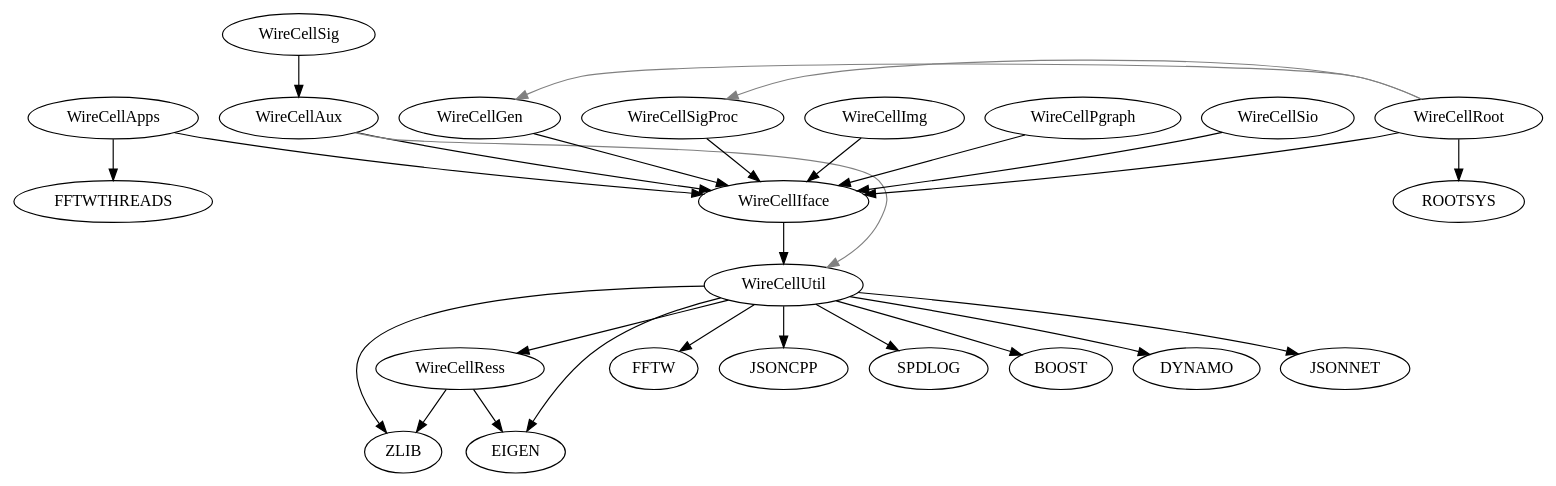
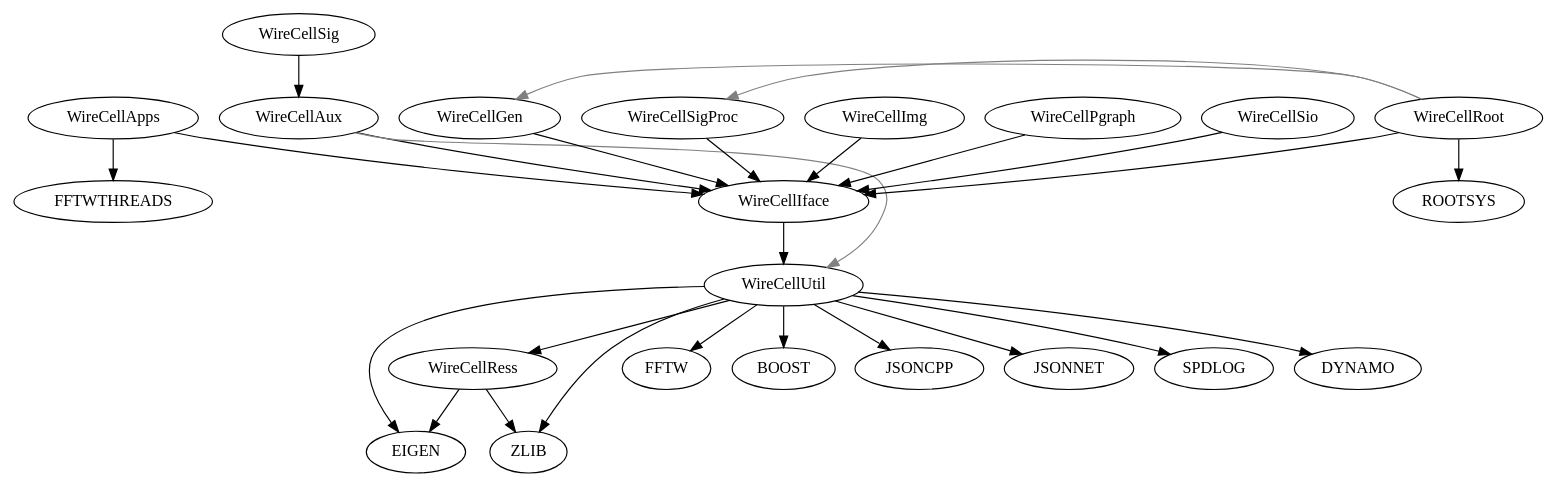
The diagram in wct-deps.dot (zhihuadong/wire-cell-toolkit), drawn with Graphviz before and after one commit. The commit also changed other lines of this file, not shown here.

```diff
--- a/wct-deps.dot
+++ b/wct-deps.dot
@@ -1,40 +1,40 @@
 digraph deps {
 	"WireCellApps";
 	"WireCellAux";
 	"WireCellGen";
 	"WireCellIface";
 	"WireCellImg";
 	"WireCellPgraph";
 	"WireCellRess";
 	"WireCellRoot";
 	"WireCellSig";
 	"WireCellSigProc";
 	"WireCellSio";
 	"WireCellUtil";
 	"WireCellApps" -> "WireCellIface"[color="black"];
 	"WireCellApps" -> "FFTWTHREADS"[color="black"];
 	"WireCellAux" -> "WireCellIface"[color="black"];
 	"WireCellAux" -> "WireCellUtil"[color="gray",constraint=false];
 	"WireCellGen" -> "WireCellIface"[color="black"];
 	"WireCellIface" -> "WireCellUtil"[color="black"];
 	"WireCellImg" -> "WireCellIface"[color="black"];
 	"WireCellPgraph" -> "WireCellIface"[color="black"];
+	"WireCellRess" -> "EIGEN"[color="black"];
 	"WireCellRess" -> "ZLIB"[color="black"];
-	"WireCellRess" -> "EIGEN"[color="black"];
 	"WireCellRoot" -> "WireCellIface"[color="black"];
 	"WireCellRoot" -> "ROOTSYS"[color="black"];
 	"WireCellRoot" -> "WireCellSigProc"[color="gray",constraint=false];
 	"WireCellRoot" -> "WireCellGen"[color="gray",constraint=false];
 	"WireCellSig" -> "WireCellAux"[color="black"];
 	"WireCellSigProc" -> "WireCellIface"[color="black"];
 	"WireCellSio" -> "WireCellIface"[color="black"];
+	"WireCellUtil" -> "EIGEN"[color="black"];
 	"WireCellUtil" -> "FFTW"[color="black"];
+	"WireCellUtil" -> "BOOST"[color="black"];
+	"WireCellUtil" -> "ZLIB"[color="black"];
 	"WireCellUtil" -> "JSONCPP"[color="black"];
+	"WireCellUtil" -> "JSONNET"[color="black"];
+	"WireCellUtil" -> "WireCellRess"[color="black"];
 	"WireCellUtil" -> "SPDLOG"[color="black"];
-	"WireCellUtil" -> "ZLIB"[color="black"];
-	"WireCellUtil" -> "BOOST"[color="black"];
 	"WireCellUtil" -> "DYNAMO"[color="black"];
-	"WireCellUtil" -> "WireCellRess"[color="black"];
-	"WireCellUtil" -> "JSONNET"[color="black"];
-	"WireCellUtil" -> "EIGEN"[color="black"];
 }
```
